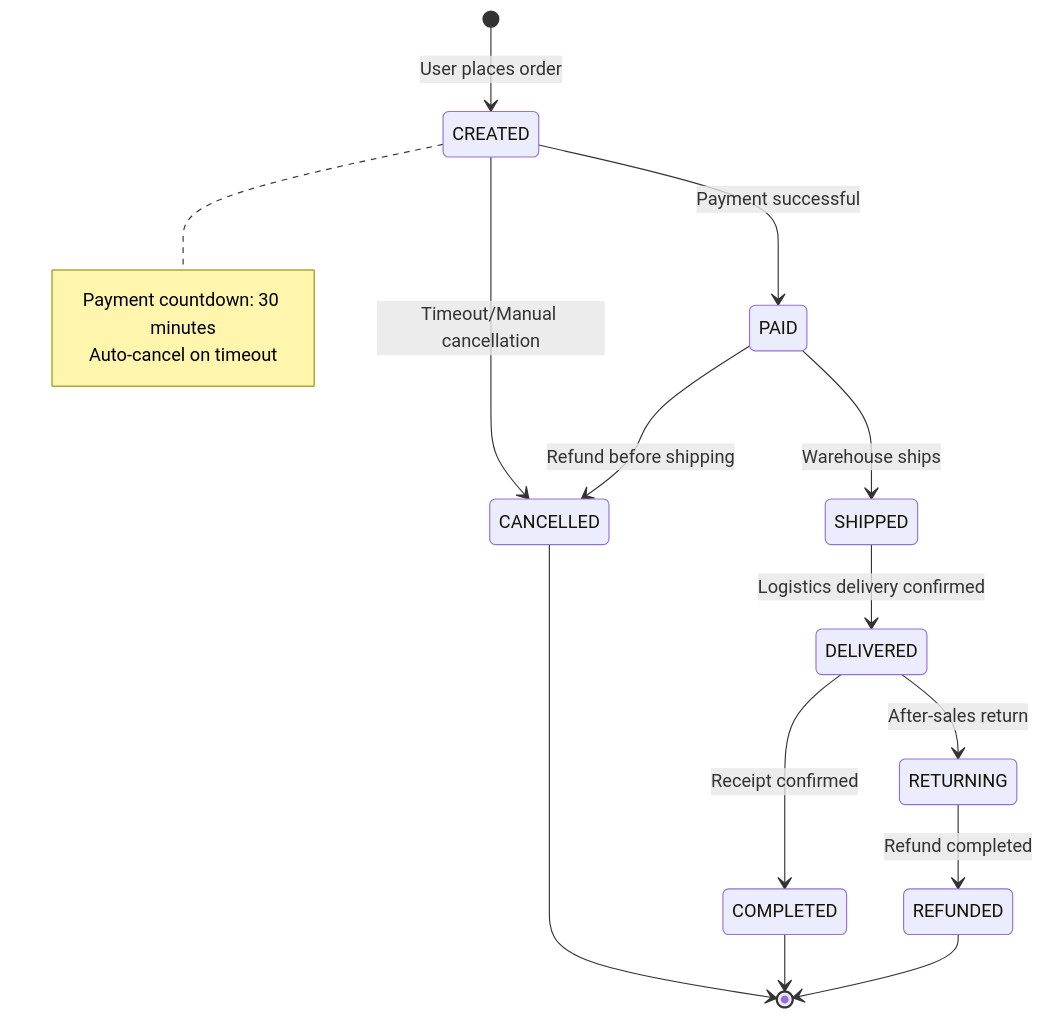
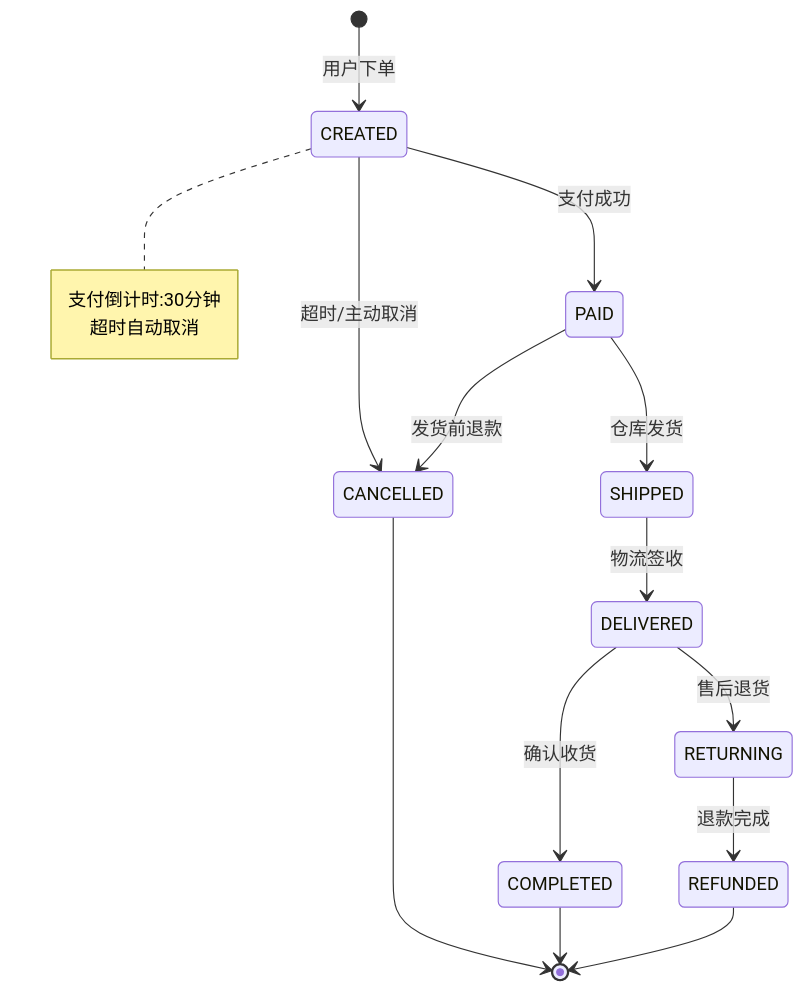
Before and after one commit to Kirky-X/cangjie: the ninth of 15 diagrams in templates/Product/Technology/Template-Architecture.md, drawn with Mermaid. The commit also changed other lines of this file and 33 other files, not shown here.

````diff
--- a/templates/Product/Technology/Template-Architecture.md
+++ b/templates/Product/Technology/Template-Architecture.md
@@ -424,20 +424,20 @@
 ```mermaid
 stateDiagram-v2
-    [*] --> CREATED: User places order
-    CREATED --> PAID: Payment successful
-    CREATED --> CANCELLED: Timeout/Manual cancellation
-    PAID --> SHIPPED: Warehouse ships
-    PAID --> CANCELLED: Refund before shipping
-    SHIPPED --> DELIVERED: Logistics delivery confirmed
-    DELIVERED --> COMPLETED: Receipt confirmed
-    DELIVERED --> RETURNING: After-sales return
-    RETURNING --> REFUNDED: Refund completed
+    [*] --> CREATED: 用户下单
+    CREATED --> PAID: 支付成功
+    CREATED --> CANCELLED: 超时/主动取消
+    PAID --> SHIPPED: 仓库发货
+    PAID --> CANCELLED: 发货前退款
+    SHIPPED --> DELIVERED: 物流签收
+    DELIVERED --> COMPLETED: 确认收货
+    DELIVERED --> RETURNING: 售后退货
+    RETURNING --> REFUNDED: 退款完成
     CANCELLED --> [*]
     COMPLETED --> [*]
     REFUNDED --> [*]
 
     note right of CREATED
-        Payment countdown: 30 minutes
-        Auto-cancel on timeout
+        支付倒计时:30分钟
+        超时自动取消
     end note
 ```
````
